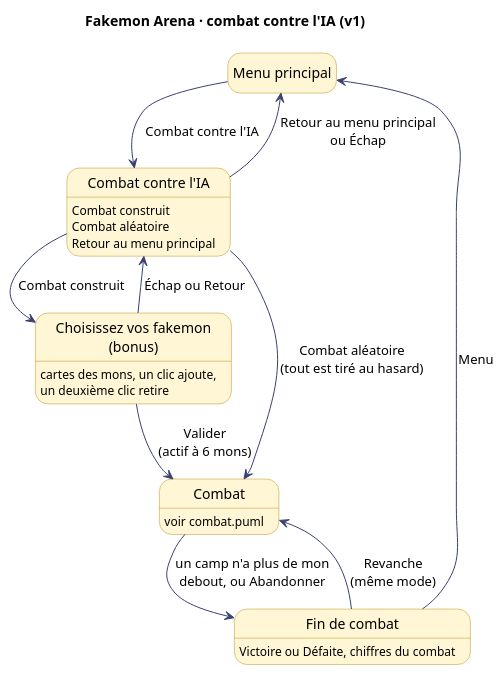
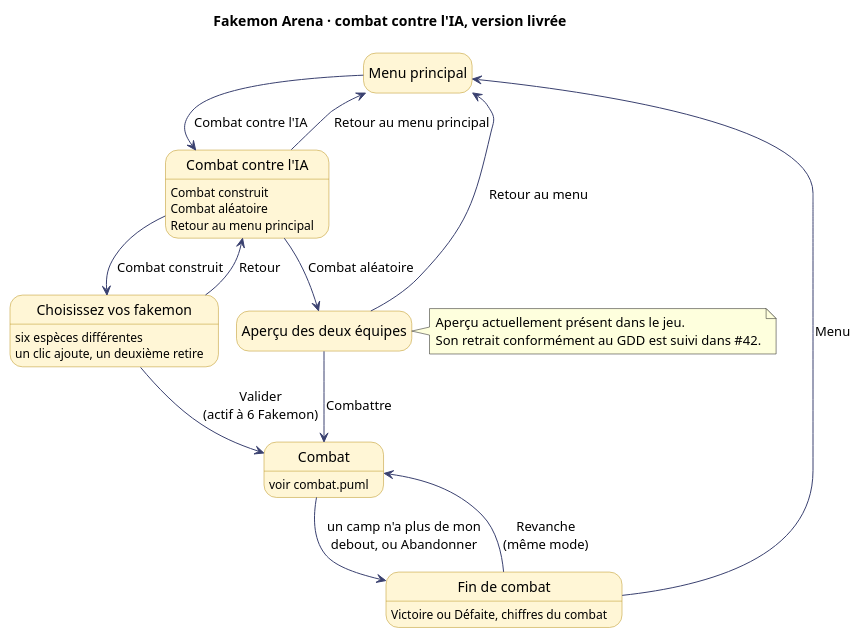
Before and after one commit to OnerAliCan/fakemon-arena: the diagram in docs/uml/combat-ia.puml, drawn with PlantUML. The commit also changed 22 other files, not shown here.

First line of the commit message:
docs: actualise le guide du jeu et les parcours UML (#30) (#78)

```diff
--- a/docs/uml/combat-ia.puml
+++ b/docs/uml/combat-ia.puml
@@ -1,27 +1,34 @@
 @startuml combat-ia
 !pragma layout smetana
-title Fakemon Arena · combat contre l'IA (v1)
+title Fakemon Arena · combat contre l'IA, version livrée
 skinparam defaultFontName Segoe UI
 skinparam state {
   BackgroundColor #FFF6D6
   BorderColor #B8901A
   ArrowColor #3A4170
 }
 hide empty description
 
 state "Menu principal" as Menu
 state "Combat contre l'IA" as IA : Combat construit\nCombat aléatoire\nRetour au menu principal
-state "Choisissez vos fakemon\n(bonus)" as Choix : cartes des mons, un clic ajoute,\nun deuxième clic retire
+state "Choisissez vos fakemon" as Choix : six espèces différentes\nun clic ajoute, un deuxième retire
+state "Aperçu des deux équipes" as Apercu
 state "Combat" as Combat : voir combat.puml
 state "Fin de combat" as Fin : Victoire ou Défaite, chiffres du combat
 
 Menu --> IA : Combat contre l'IA
-IA --> Combat : Combat aléatoire\n(tout est tiré au hasard)
+IA --> Apercu : Combat aléatoire
+Apercu --> Combat : Combattre
+Apercu --> Menu : Retour au menu
 IA --> Choix : Combat construit
-Choix --> Combat : Valider\n(actif à 6 mons)
-Choix --> IA : Échap ou Retour
-IA --> Menu : Retour au menu principal\nou Échap
+Choix --> Combat : Valider\n(actif à 6 Fakemon)
+Choix --> IA : Retour
+IA --> Menu : Retour au menu principal
 Combat --> Fin : un camp n'a plus de mon\ndebout, ou Abandonner
 Fin --> Combat : Revanche\n(même mode)
 Fin --> Menu : Menu
+note right of Apercu
+  Aperçu actuellement présent dans le jeu.
+  Son retrait conformément au GDD est suivi dans #42.
+end note
 @enduml
```
